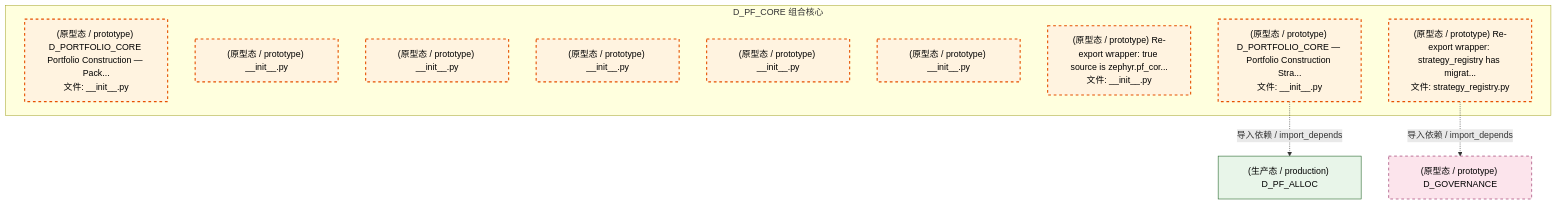
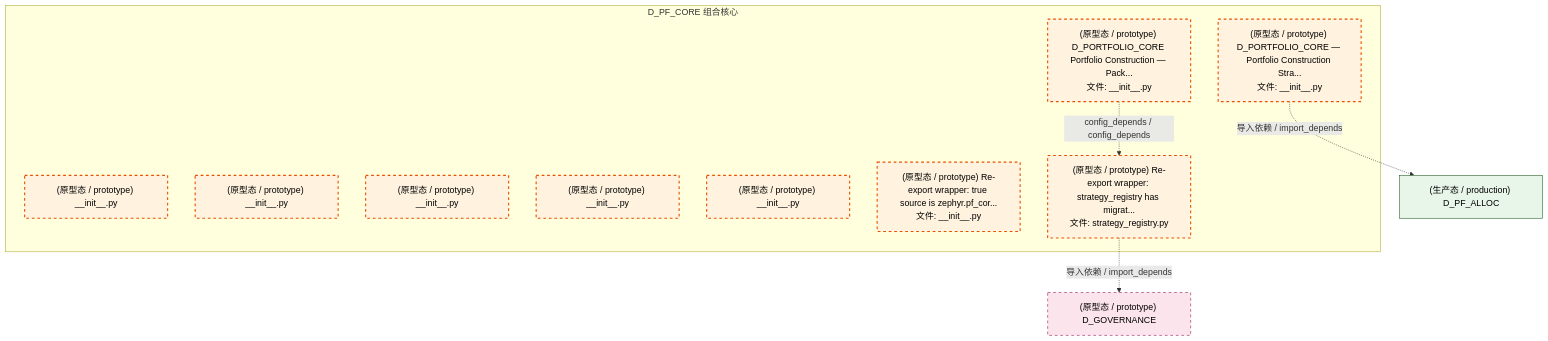
The third of 4 diagrams in docs/02_enterprise_architecture/02_domain_architecture_docs/52_d_pf_core.md (xuanFelixVan/ZephyrAlpha), drawn with Mermaid before and after one commit. The commit also changed other lines of this file and 126 other files, not shown here.

````diff
--- a/docs/02_enterprise_architecture/02_domain_architecture_docs/52_d_pf_core.md
+++ b/docs/02_enterprise_architecture/02_domain_architecture_docs/52_d_pf_core.md
@@ -143,25 +143,26 @@
 ```mermaid
 graph TD
     subgraph D_PF_CORE["D_PF_CORE 组合核心"]
         src_zephyr_pf_core_init_py["(原型态 / prototype) D_PORTFOLIO_CORE Portfolio Construction — Pack...<br/>文件: __init__.py"]
         src_zephyr_pf_core_extensions_init_py["(原型态 / prototype) __init__.py"]
         src_zephyr_pf_core_api_init_py["(原型态 / prototype) __init__.py"]
         src_zephyr_pf_core_core_init_py["(原型态 / prototype) __init__.py"]
         src_zephyr_pf_core_infrastructure_init_py["(原型态 / prototype) __init__.py"]
         src_zephyr_pf_core_services_init_py["(原型态 / prototype) __init__.py"]
         src_zephyr_pf_core_strategies_init_py["(原型态 / prototype) Re-export wrapper: true source is zephyr.pf_cor...<br/>文件: __init__.py"]
         src_zephyr_pf_core_strategy_engine_init_py["(原型态 / prototype) D_PORTFOLIO_CORE — Portfolio Construction Stra...<br/>文件: __init__.py"]
         src_zephyr_pf_core_strategy_registry_py["(原型态 / prototype) Re-export wrapper: strategy_registry has migrat...<br/>文件: strategy_registry.py"]
     end
+    src_zephyr_pf_core_init_py -.->|config_depends / config_depends| src_zephyr_pf_core_strategy_registry_py
     D_GOVERNANCE["(原型态 / prototype) D_GOVERNANCE"]
     src_zephyr_pf_core_strategy_registry_py -.->|导入依赖 / import_depends| D_GOVERNANCE
     D_PF_ALLOC["(生产态 / production) D_PF_ALLOC"]
     src_zephyr_pf_core_strategy_engine_init_py -.->|导入依赖 / import_depends| D_PF_ALLOC
     classDef production fill:#e1f5fe,stroke:#01579b,stroke-width:2px,color:#000
     classDef design fill:#fff3e0,stroke:#e65100,stroke-width:2px,color:#000,stroke-dasharray: 5 5
     classDef external_prod fill:#e8f5e9,stroke:#1b5e20,stroke-width:1px,color:#000
     classDef external_design fill:#fce4ec,stroke:#880e4f,stroke-width:1px,color:#000,stroke-dasharray: 5 5
     class src_zephyr_pf_core_init_py,src_zephyr_pf_core_extensions_init_py,src_zephyr_pf_core_api_init_py,src_zephyr_pf_core_core_init_py,src_zephyr_pf_core_infrastructure_init_py,src_zephyr_pf_core_services_init_py,src_zephyr_pf_core_strategies_init_py,src_zephyr_pf_core_strategy_engine_init_py,src_zephyr_pf_core_strategy_registry_py design
     class D_PF_ALLOC external_prod
     class D_GOVERNANCE external_design
 ```
````
